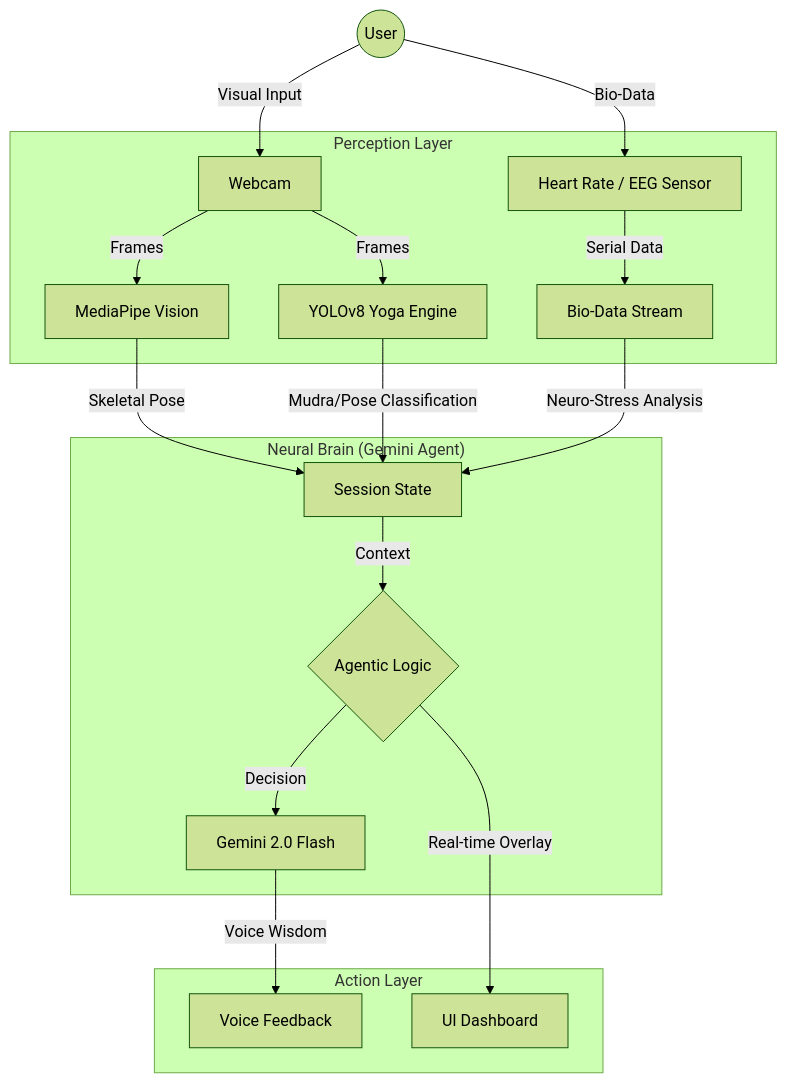
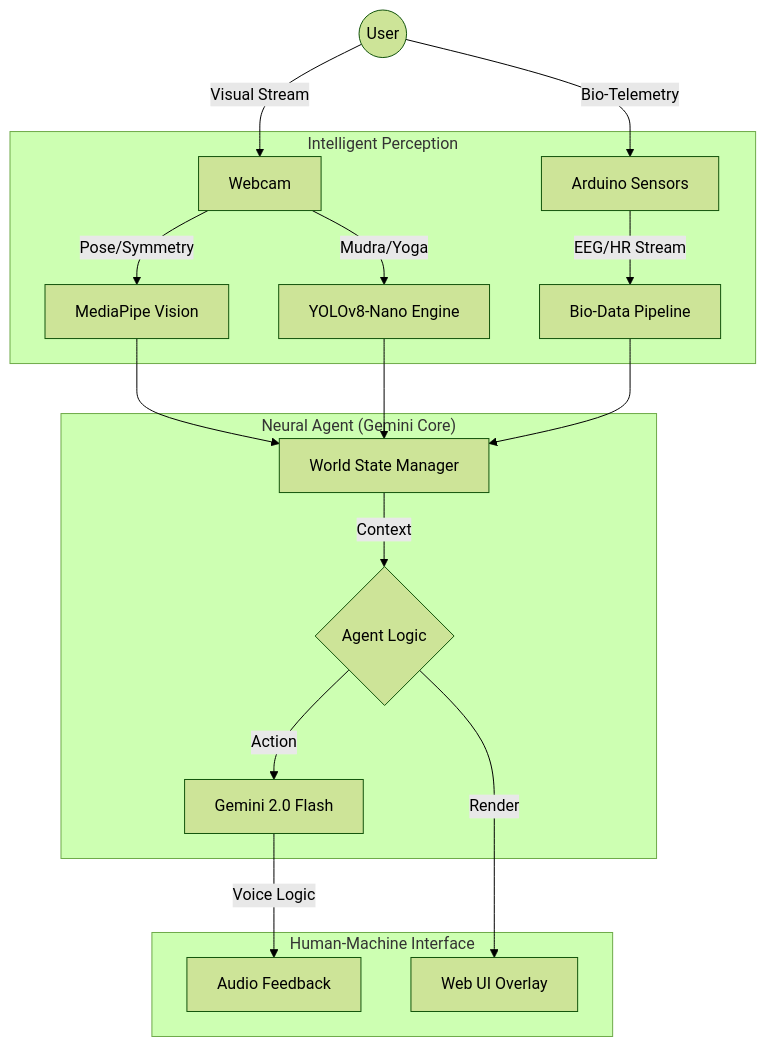
The diagram in README.md (developer-gaurang/brainwave_analyser), drawn with Mermaid (forest theme) before and after one commit. The commit also changed other lines of this file, not shown here.

````diff
--- a/README.md
+++ b/README.md
@@ -51,24 +19,25 @@
 ```mermaid
 graph TD
-    User((User)) -->|Visual Input| Cam[Webcam]
-    User -->|Bio-Data| Sensor[Heart Rate / EEG Sensor]
+    User((User)) -->|Visual Stream| Cam[Webcam]
+    User -->|Bio-Telemetry| Sensor[Arduino Sensors]
 
-    subgraph "Perception Layer"
-        Cam -->|Frames| MP[MediaPipe Vision]
-        Cam -->|Frames| YOLO[YOLOv8 Yoga Engine]
-        Sensor -->|Serial Data| HR[Bio-Data Stream]
+    subgraph "Intelligent Perception"
+        Cam -->|Pose/Symmetry| MP[MediaPipe Vision]
+        Cam -->|Mudra/Yoga| YOLO[YOLOv8-Nano Engine]
+        Sensor -->|EEG/HR Stream| Data[Bio-Data Pipeline]
     end
 
-    subgraph "Neural Brain (Gemini Agent)"
-        MP -->|Skeletal Pose| State[Session State]
-        YOLO -->|Mudra/Pose Classification| State
-        HR -->|Neuro-Stress Analysis| State
-        State -->|Context| Logic{Agentic Logic}
-        Logic -->|Decision| LLM[Gemini 2.0 Flash]
+    subgraph "Neural Agent (Gemini Core)"
+        State[World State Manager]
+        MP --> State
+        YOLO --> State
+        Data --> State
+        State -->|Context| Logic{Agent Logic}
+        Logic -->|Action| LLM[Gemini 2.0 Flash]
     end
     
-    subgraph "Action Layer"
-        LLM -->|Voice Wisdom| TTS[Voice Feedback]
-        Logic -->|Real-time Overlay| Screen[UI Dashboard]
+    subgraph "Human-Machine Interface"
+        LLM -->|Voice Logic| TTS[Audio Feedback]
+        Logic -->|Render| Dashboard[Web UI Overlay]
     end
 ```
````
